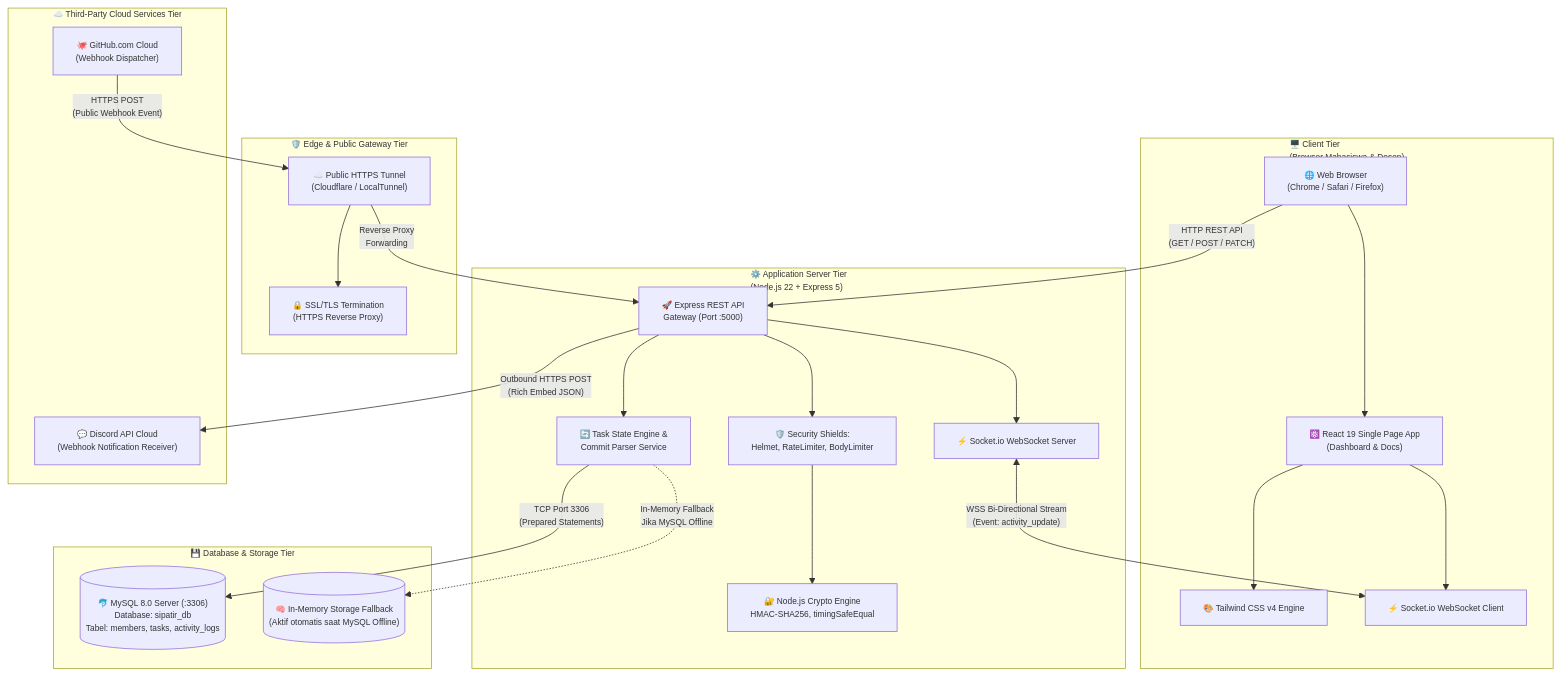
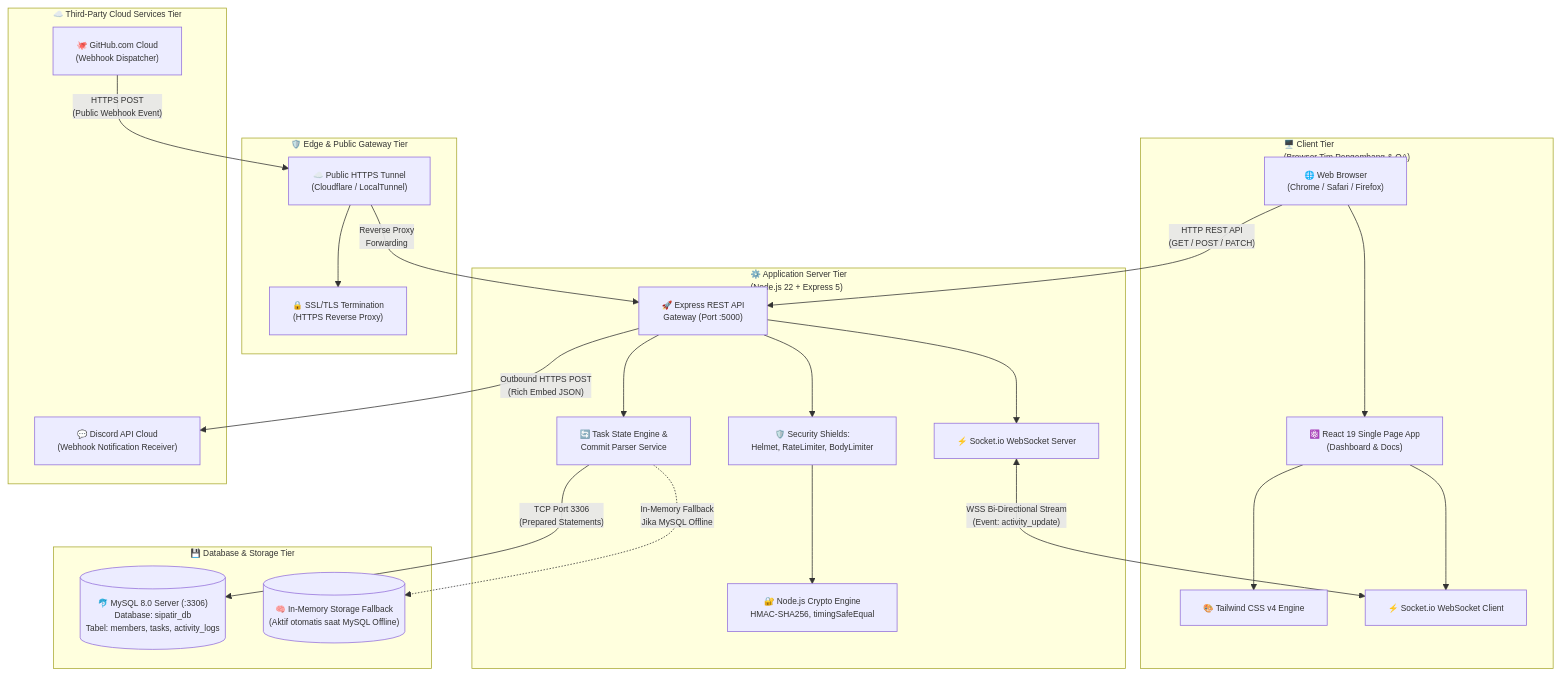
Before and after one commit to denoyey/si-patir: the sixth of 6 diagrams in docs/academic/DIAGRAM-ARSITEKTUR-UML.md, drawn with Mermaid. The commit also changed other lines of this file and 4 other files, not shown here.

Commit message:
docs(uml): replace lecturer actor with internal QA engineer tester across UML diagrams and web docs

````diff
--- a/docs/academic/DIAGRAM-ARSITEKTUR-UML.md
+++ b/docs/academic/DIAGRAM-ARSITEKTUR-UML.md
@@ -346,54 +346,54 @@
 ```mermaid
 %%{init: {'theme': 'default', 'themeVariables': { 'fontSize': '11px' }}}%%
 flowchart TD
-    subgraph ClientTier ["🖥️ Client Tier<br/>(Browser Mahasiswa & Dosen)"]
+    subgraph ClientTier ["🖥️ Client Tier<br/>(Browser Tim Pengembang & QA)"]
         Browser["🌐 Web Browser<br/>(Chrome / Safari / Firefox)"]
         ReactApp["⚛️ React 19 Single Page App<br/>(Dashboard & Docs)"]
         Tailwind["🎨 Tailwind CSS v4 Engine"]
         SocketClient["⚡ Socket.io WebSocket Client"]
         Browser --> ReactApp
         ReactApp --> Tailwind
         ReactApp --> SocketClient
     end
 
     subgraph EdgeTier ["🛡️ Edge & Public Gateway Tier"]
         CloudflareTunnel["☁️ Public HTTPS Tunnel<br/>(Cloudflare / LocalTunnel)"]
         ReverseProxy["🔒 SSL/TLS Termination<br/>(HTTPS Reverse Proxy)"]
         CloudflareTunnel --> ReverseProxy
     end
 
     subgraph AppServerTier ["⚙️ Application Server Tier<br/>(Node.js 22 + Express 5)"]
         ExpressApp["🚀 Express REST API<br/>Gateway (Port :5000)"]
         SecMiddleware["🛡️ Security Shields:<br/>Helmet, RateLimiter, BodyLimiter"]
         CryptoEngine["🔐 Node.js Crypto Engine<br/>HMAC-SHA256, timingSafeEqual"]
         SocketServer["⚡ Socket.io WebSocket Server"]
         StateEngine["🔄 Task State Engine &<br/>Commit Parser Service"]
 
         ExpressApp --> SecMiddleware
         SecMiddleware --> CryptoEngine
         ExpressApp --> StateEngine
         ExpressApp --> SocketServer
     end
 
     subgraph DataTier ["💾 Database & Storage Tier"]
         MySQLServer[("🐬 MySQL 8.0 Server (:3306)<br/>Database: sipatir_db<br/>Tabel: members, tasks, activity_logs")]
         MemoryFallback[("🧠 In-Memory Storage Fallback<br/>(Aktif otomatis saat MySQL Offline)")]
     end
 
     subgraph ExternalCloudTier ["☁️ Third-Party Cloud Services Tier"]
         GitHubCloud["🐙 GitHub.com Cloud<br/>(Webhook Dispatcher)"]
         DiscordCloud["💬 Discord API Cloud<br/>(Webhook Notification Receiver)"]
     end
 
     %% Network Connections
     GitHubCloud -- "HTTPS POST<br/>(Public Webhook Event)" --> CloudflareTunnel
     CloudflareTunnel -- "Reverse Proxy<br/>Forwarding" --> ExpressApp
     
     Browser -- "HTTP REST API<br/>(GET / POST / PATCH)" --> ExpressApp
     SocketServer <-- "WSS Bi-Directional Stream<br/>(Event: activity_update)" --> SocketClient
 
     StateEngine -- "TCP Port 3306<br/>(Prepared Statements)" --> MySQLServer
     StateEngine -.->|In-Memory Fallback<br/>Jika MySQL Offline| MemoryFallback
 
     ExpressApp -- "Outbound HTTPS POST<br/>(Rich Embed JSON)" --> DiscordCloud
 ```
````
